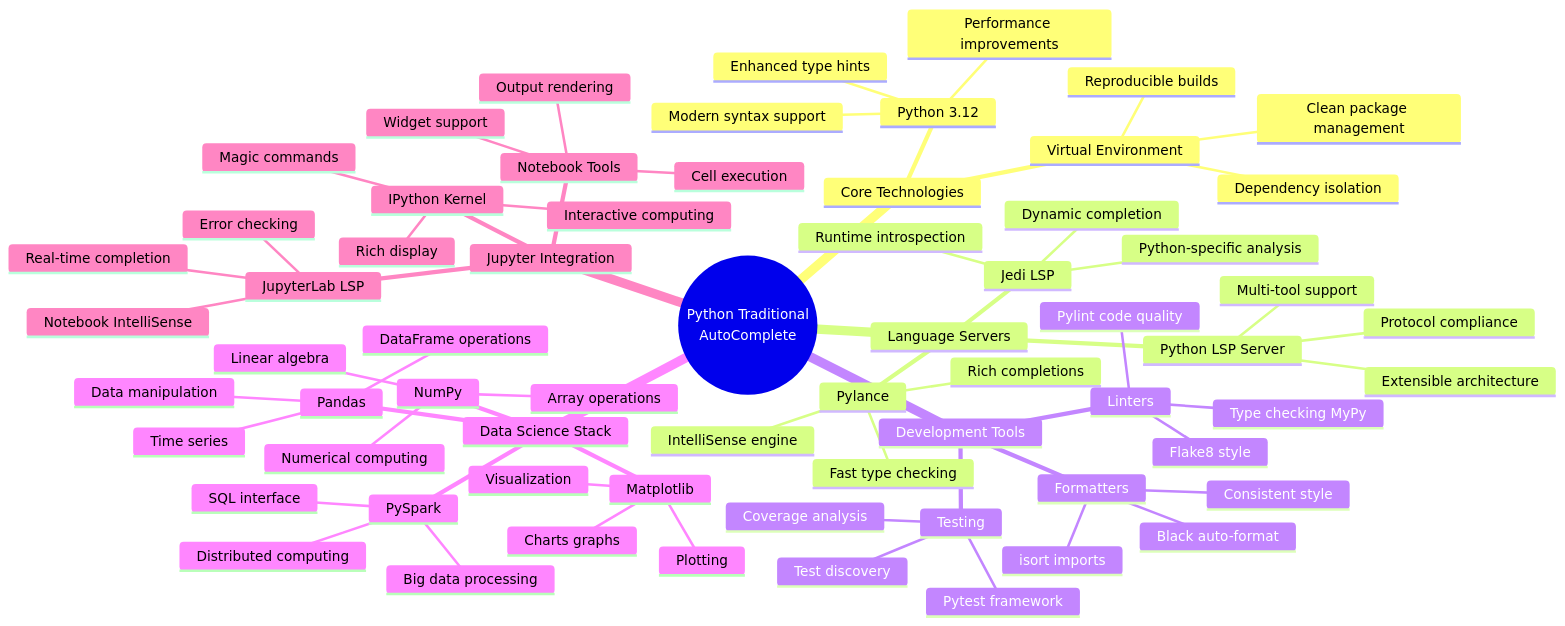
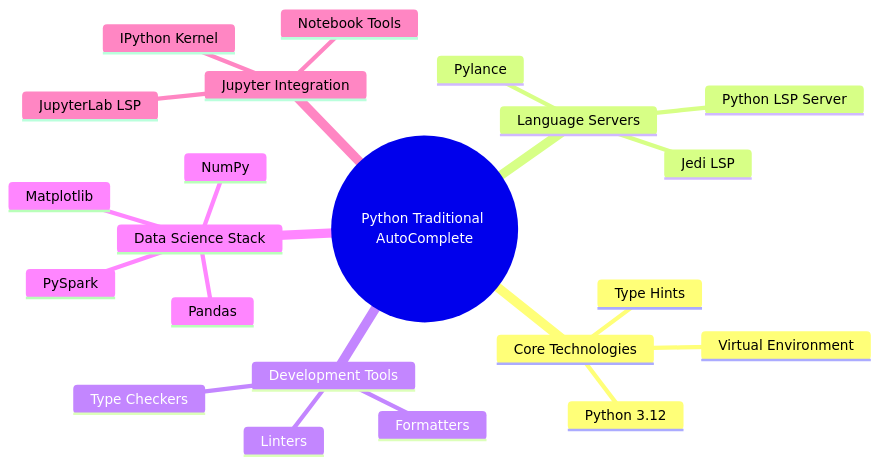
Before and after one commit to hkevin01/python-traditional-autocomplete: the third of 6 diagrams in README.md, drawn with Mermaid. The commit also changed other lines of this file and 10 other files, not shown here.

First line of the commit message:
Add comprehensive tests for linting, LSP tools, package imports, support libraries, and type checking

````diff
--- a/README.md
+++ b/README.md
@@ -180,69 +174,25 @@
 ```mermaid
 mindmap
-  root((Python Traditional<br/>AutoComplete))
+  root((Python Traditional AutoComplete))
     Core Technologies
       Python 3.12
-        Modern syntax support
-        Enhanced type hints
-        Performance improvements
       Virtual Environment
-        Dependency isolation
-        Reproducible builds
-        Clean package management
+      Type Hints
     Language Servers
       Pylance
-        Fast type checking
-        IntelliSense engine
-        Rich completions
       Python LSP Server
-        Protocol compliance
-        Multi-tool support
-        Extensible architecture
       Jedi LSP
-        Python-specific analysis
-        Runtime introspection
-        Dynamic completion
     Development Tools
       Linters
-        Pylint code quality
-        Flake8 style
-        Type checking MyPy
       Formatters
-        Black auto-format
-        isort imports
-        Consistent style
-      Testing
-        Pytest framework
-        Coverage analysis
-        Test discovery
+      Type Checkers
     Data Science Stack
       NumPy
-        Numerical computing
-        Array operations
-        Linear algebra
       Pandas
-        Data manipulation
-        DataFrame operations
-        Time series
       Matplotlib
-        Visualization
-        Plotting
-        Charts graphs
       PySpark
-        Big data processing
-        Distributed computing
-        SQL interface
     Jupyter Integration
       IPython Kernel
-        Interactive computing
-        Rich display
-        Magic commands
       JupyterLab LSP
-        Notebook IntelliSense
-        Real-time completion
-        Error checking
       Notebook Tools
-        Cell execution
-        Output rendering
-        Widget support
 ```
````
